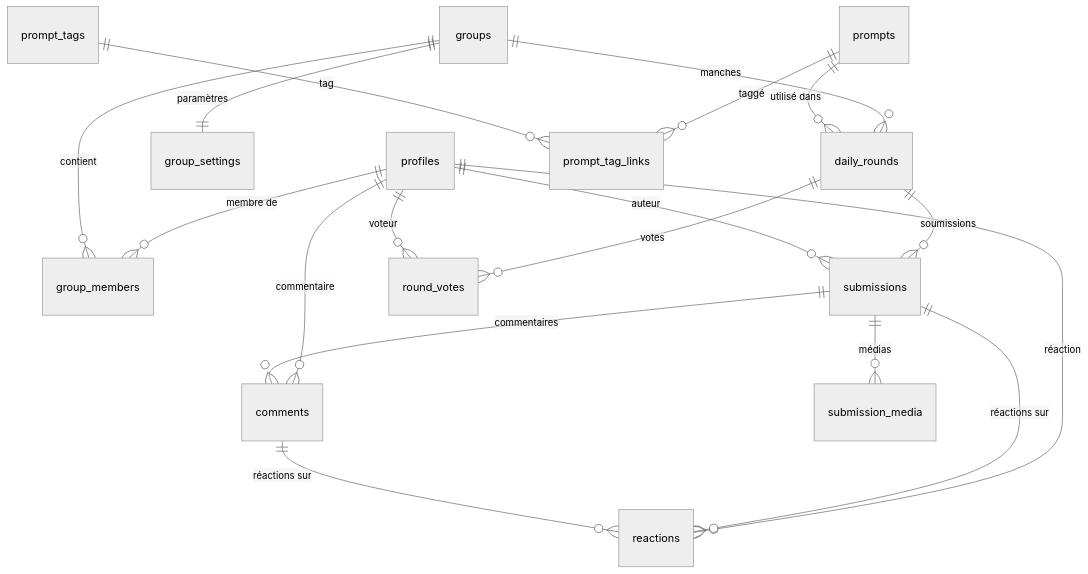
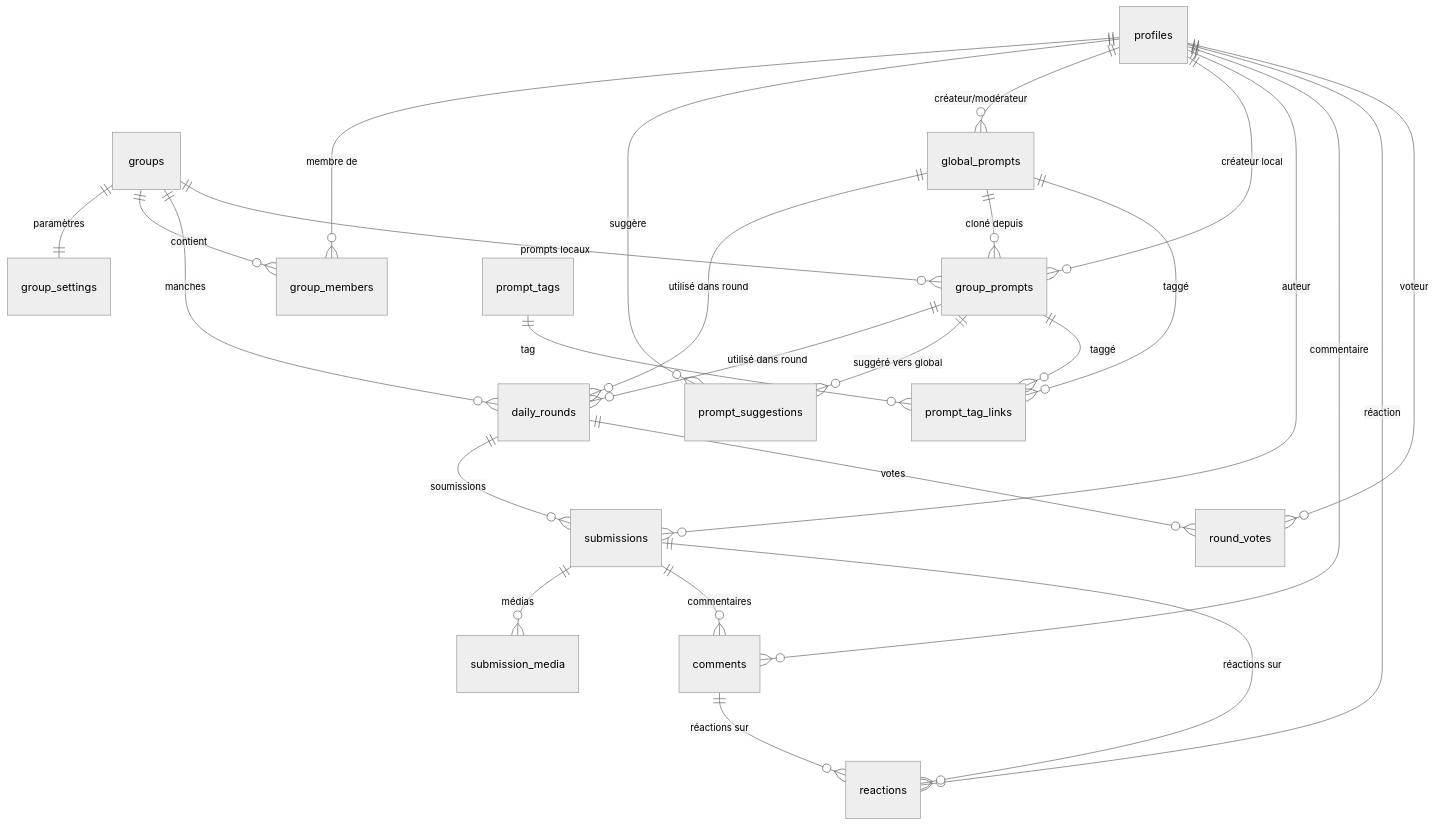
Before and after one commit to Adrien490/jimboa: the second of 6 diagrams in README.md, drawn with Mermaid (neutral theme). The commit also changed other lines of this file and 3 other files, not shown here.

````diff
--- a/README.md
+++ b/README.md
@@ -126,20 +151,28 @@
 ```mermaid
 erDiagram
     profiles ||--o{ group_members : "membre de"
     groups ||--|| group_settings : "paramètres"
     groups ||--o{ group_members : "contient"
     groups ||--o{ daily_rounds : "manches"
-    prompts ||--o{ daily_rounds : "utilisé dans"
+    groups ||--o{ group_prompts : "prompts locaux"
+    global_prompts ||--o{ daily_rounds : "utilisé dans round"
+    group_prompts ||--o{ daily_rounds : "utilisé dans round"
+    global_prompts ||--o{ group_prompts : "cloné depuis"
+    group_prompts ||--o{ prompt_suggestions : "suggéré vers global"
+    profiles ||--o{ prompt_suggestions : "suggère"
+    profiles ||--o{ global_prompts : "créateur/modérateur"
+    profiles ||--o{ group_prompts : "créateur local"
     daily_rounds ||--o{ submissions : "soumissions"
     daily_rounds ||--o{ round_votes : "votes"
     profiles ||--o{ submissions : "auteur"
     profiles ||--o{ comments : "commentaire"
     profiles ||--o{ reactions : "réaction"
     profiles ||--o{ round_votes : "voteur"
     submissions ||--o{ submission_media : "médias"
     submissions ||--o{ comments : "commentaires"
     submissions ||--o{ reactions : "réactions sur"
     comments ||--o{ reactions : "réactions sur"
-    prompts ||--o{ prompt_tag_links : "taggé"
+    global_prompts ||--o{ prompt_tag_links : "taggé"
+    group_prompts ||--o{ prompt_tag_links : "taggé"
     prompt_tags ||--o{ prompt_tag_links : "tag"
 ```
````
